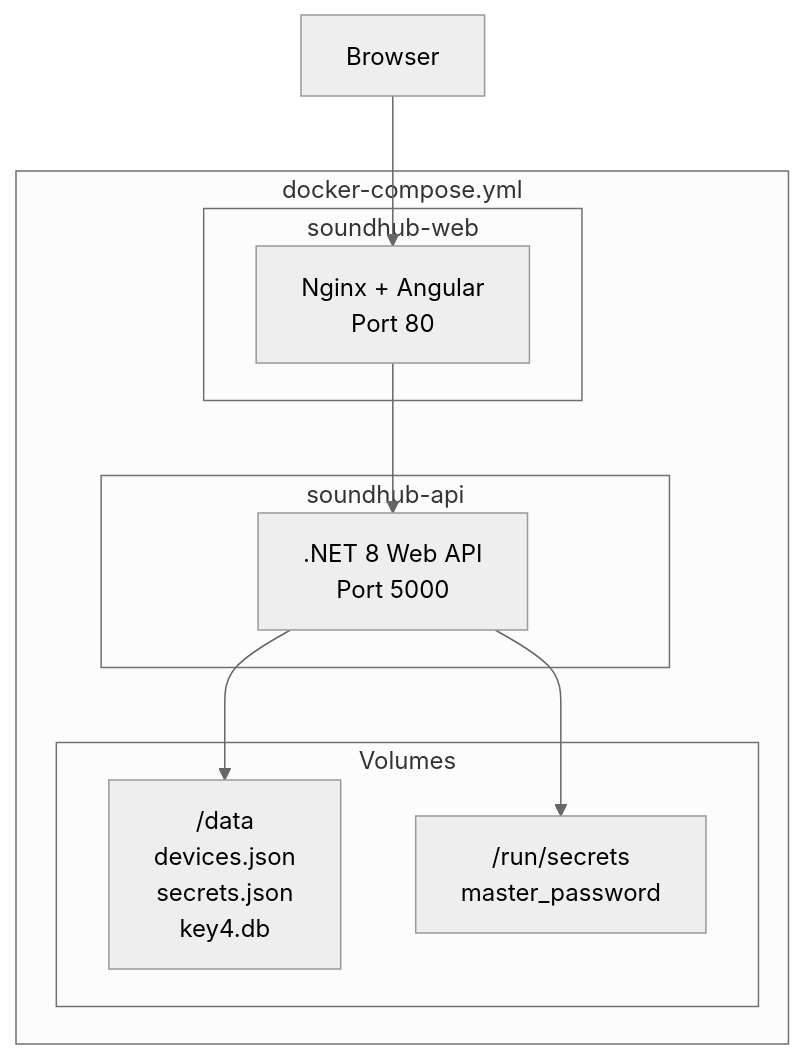
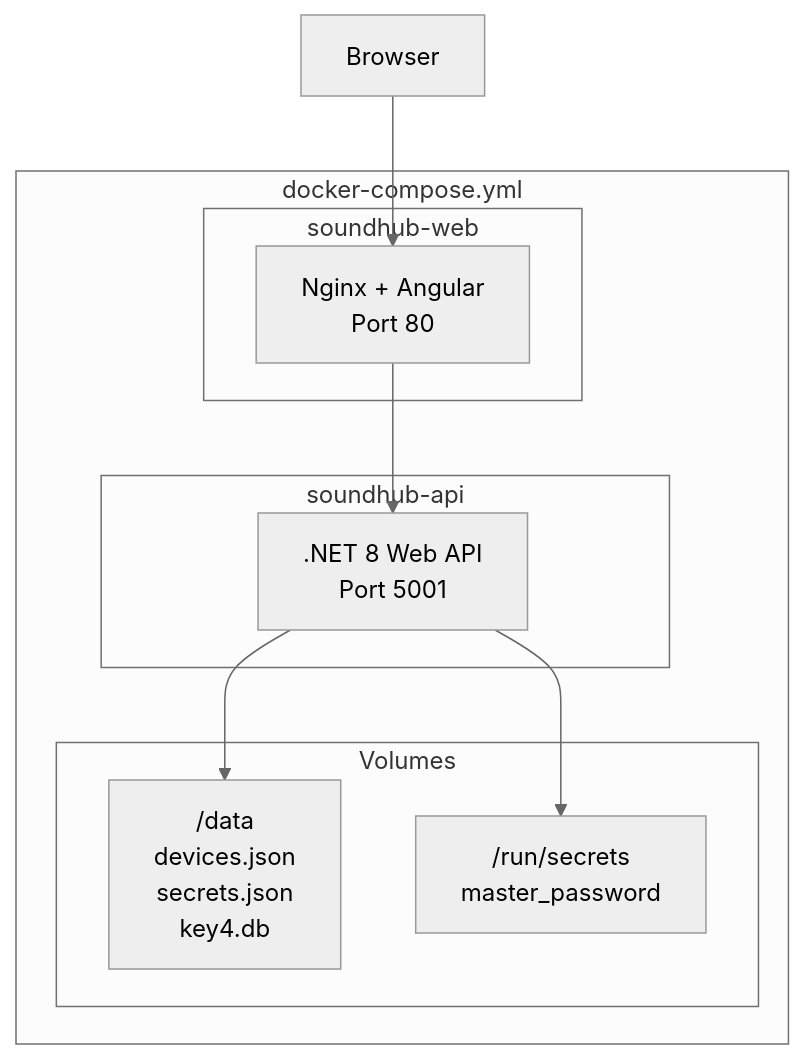
Before and after one commit to sasky80/soundHub: the fifth of 13 diagrams in docs/architecture.md, drawn with Mermaid (neutral theme). The commit also changed 21 other files, not shown here.

````diff
--- a/docs/architecture.md
+++ b/docs/architecture.md
@@ -197,22 +197,22 @@
 ```mermaid
 flowchart TB
     subgraph DockerCompose["docker-compose.yml"]
         subgraph APIContainer["soundhub-api"]
-            DotNetAPI[".NET 8 Web API<br/>Port 5000"]
+            DotNetAPI[".NET 8 Web API<br/>Port 5001"]
         end
 
         subgraph WebContainer["soundhub-web"]
             NginxWeb["Nginx + Angular<br/>Port 80"]
         end
 
         subgraph Volumes["Volumes"]
             DataVolume["/data<br/>devices.json<br/>secrets.json<br/>key4.db"]
             SecretsVolume["/run/secrets<br/>master_password"]
         end
     end
 
     Browser["Browser"] --> NginxWeb
     NginxWeb --> DotNetAPI
     DotNetAPI --> DataVolume
     DotNetAPI --> SecretsVolume
 ```
````
